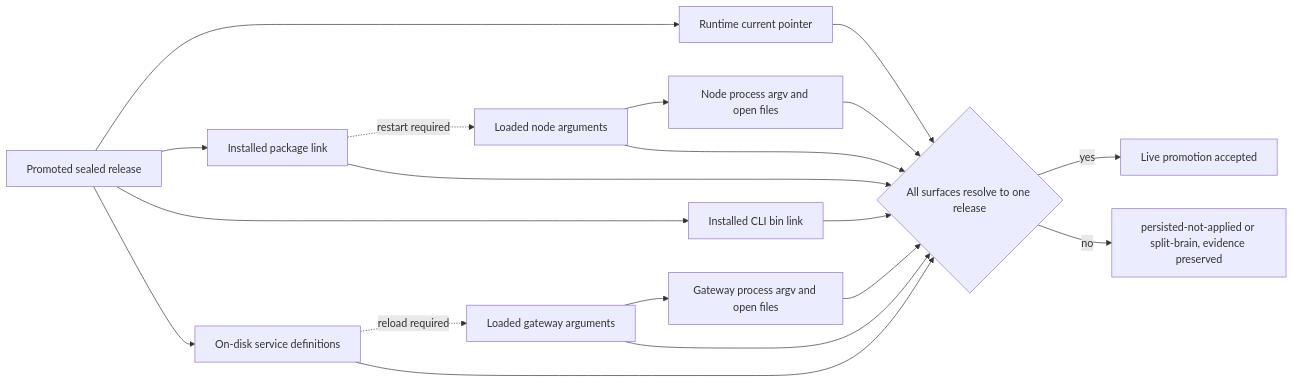
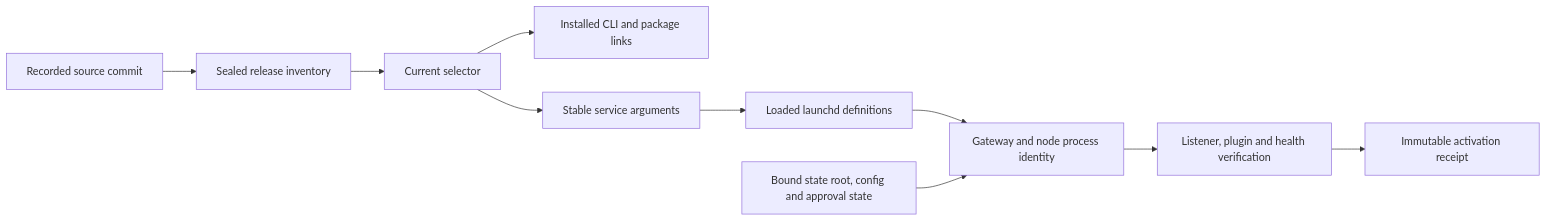
One commit to josephbergvinson/openclaw-control-plane changed the second of 2 diagrams in docs/10-runtime-releases-and-promotion.md. Above: the diagram before and after it, drawn with Mermaid. The commit also changed other lines of this file and 239 other files, not shown here.

````diff
--- a/docs/10-runtime-releases-and-promotion.md
+++ b/docs/10-runtime-releases-and-promotion.md
@@ -436,15 +98,12 @@
 ```mermaid
 flowchart LR
-  R[Promoted sealed release] --> P1[Runtime current pointer]
-  R --> P2[Installed package link]
-  R --> P3[Installed CLI bin link]
-  R --> P4[On-disk service definitions]
-  P4 -. reload required .-> L1[Loaded gateway arguments]
-  L1 --> L2[Gateway process argv and open files]
-  P2 -. restart required .-> L3[Loaded node arguments]
-  L3 --> L4[Node process argv and open files]
-  P1 & P2 & P3 & P4 --> V{All surfaces resolve to one release}
-  L1 & L2 & L3 & L4 --> V
-  V -- yes --> OK[Live promotion accepted]
-  V -- no --> SB[persisted-not-applied or split-brain, evidence preserved]
+    Source[Recorded source commit] --> Release[Sealed release inventory]
+    Release --> Selector[Current selector]
+    Selector --> CLI[Installed CLI and package links]
+    Selector --> Definitions[Stable service arguments]
+    Definitions --> Loaded[Loaded launchd definitions]
+    Loaded --> Processes[Gateway and node process identity]
+    Processes --> Ready[Listener, plugin and health verification]
+    State[Bound state root, config and approval state] --> Processes
+    Ready --> Receipt[Immutable activation receipt]
 ```
````
